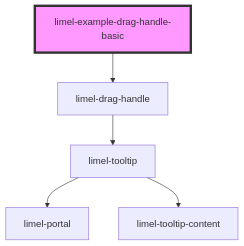
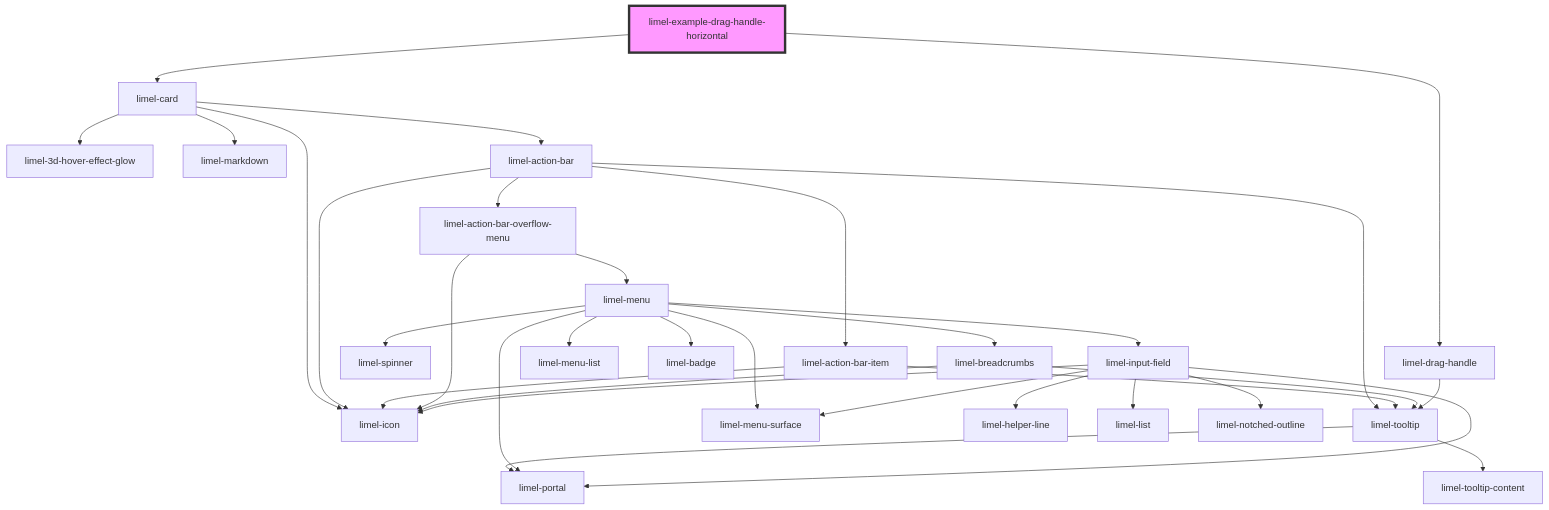
One commit to Lundalogik/lime-elements changed the diagram in versions/PR-3736/markdown-docs/components/drag-handle/examples/readme.md. Above: the diagram before and after it, drawn with Mermaid. The commit also changed other lines of this file and 9 other files, not shown here.

````diff
--- a/versions/PR-3736/markdown-docs/components/drag-handle/examples/readme.md
+++ b/versions/PR-3736/markdown-docs/components/drag-handle/examples/readme.md
@@ -21,8 +20,36 @@
 ```mermaid
 graph TD;
-  limel-example-drag-handle-basic --> limel-drag-handle
-  limel-drag-handle --> limel-tooltip
+  limel-example-drag-handle-horizontal --> limel-card
+  limel-example-drag-handle-horizontal --> limel-drag-handle
+  limel-card --> limel-3d-hover-effect-glow
+  limel-card --> limel-icon
+  limel-card --> limel-markdown
+  limel-card --> limel-action-bar
+  limel-action-bar --> limel-action-bar-item
+  limel-action-bar --> limel-action-bar-overflow-menu
+  limel-action-bar --> limel-icon
+  limel-action-bar --> limel-tooltip
+  limel-action-bar-item --> limel-icon
+  limel-action-bar-item --> limel-tooltip
   limel-tooltip --> limel-portal
   limel-tooltip --> limel-tooltip-content
-  style limel-example-drag-handle-basic fill:#f9f,stroke:#333,stroke-width:4px
+  limel-action-bar-overflow-menu --> limel-icon
+  limel-action-bar-overflow-menu --> limel-menu
+  limel-menu --> limel-spinner
+  limel-menu --> limel-breadcrumbs
+  limel-menu --> limel-input-field
+  limel-menu --> limel-menu-list
+  limel-menu --> limel-badge
+  limel-menu --> limel-portal
+  limel-menu --> limel-menu-surface
+  limel-breadcrumbs --> limel-icon
+  limel-breadcrumbs --> limel-tooltip
+  limel-input-field --> limel-helper-line
+  limel-input-field --> limel-icon
+  limel-input-field --> limel-portal
+  limel-input-field --> limel-menu-surface
+  limel-input-field --> limel-list
+  limel-input-field --> limel-notched-outline
+  limel-drag-handle --> limel-tooltip
+  style limel-example-drag-handle-horizontal fill:#f9f,stroke:#333,stroke-width:4px
 ```
````
